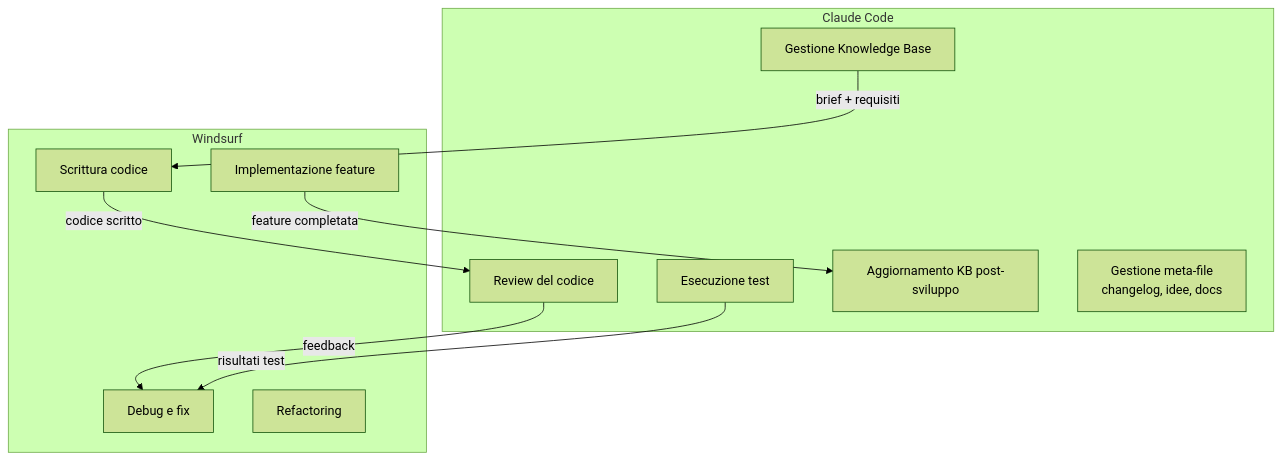
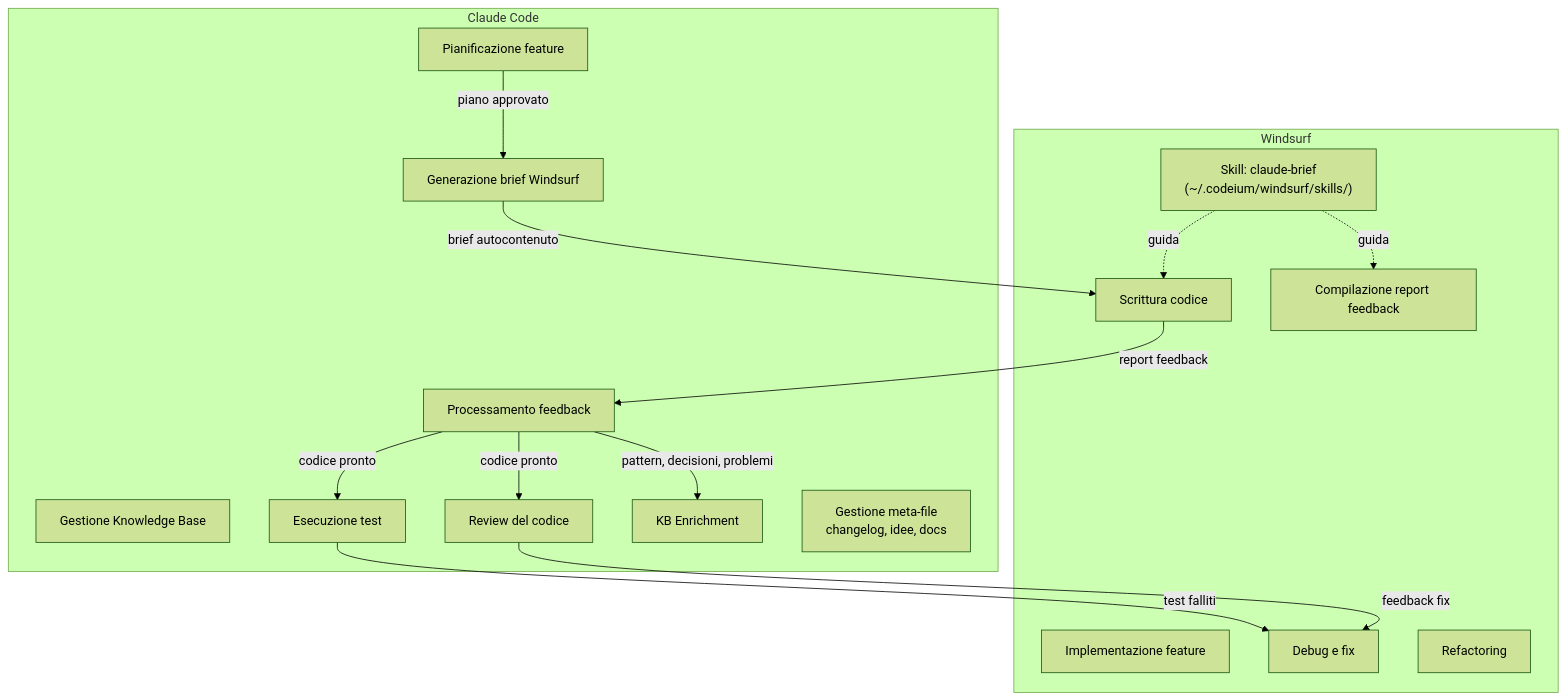
One commit to SimoneBriganteLaif/SimoneAI changed the third of 9 diagrams in docs/workflow.md. Above: the diagram before and after it, drawn with Mermaid (forest theme). The commit also changed other lines of this file and 12 other files, not shown here.

First line of the commit message:
Ciclo Windsurf — flusso di sviluppo Claude Code + Windsurf

````diff
--- a/docs/workflow.md
+++ b/docs/workflow.md
@@ -89,23 +90,33 @@
 ```mermaid
 flowchart TD
     subgraph CC["Claude Code"]
         CC1[Gestione Knowledge Base]
-        CC2[Review del codice]
-        CC3[Esecuzione test]
-        CC4[Aggiornamento KB post-sviluppo]
-        CC5[Gestione meta-file\nchangelog, idee, docs]
+        CC2[Pianificazione feature]
+        CC3[Generazione brief Windsurf]
+        CC4[Review del codice]
+        CC5[Esecuzione test]
+        CC6[Processamento feedback]
+        CC7[KB Enrichment]
+        CC8[Gestione meta-file\nchangelog, idee, docs]
     end
 
     subgraph WS["Windsurf"]
+        WS0["Skill: claude-brief\n(~/.codeium/windsurf/skills/)"]
         WS1[Scrittura codice]
         WS2[Implementazione feature]
         WS3[Debug e fix]
         WS4[Refactoring]
+        WS5[Compilazione report feedback]
+        WS0 -.->|guida| WS1
+        WS0 -.->|guida| WS5
     end
 
-    CC1 -->|brief + requisiti| WS1
-    WS1 -->|codice scritto| CC2
-    CC2 -->|feedback| WS3
-    WS2 -->|feature completata| CC4
-    CC3 -->|risultati test| WS3
+    CC2 -->|piano approvato| CC3
+    CC3 -->|brief autocontenuto| WS1
+    WS1 -->|report feedback| CC6
+    CC6 -->|codice pronto| CC4
+    CC6 -->|codice pronto| CC5
+    CC4 -->|feedback fix| WS3
+    CC5 -->|test falliti| WS3
+    CC6 -->|pattern, decisioni, problemi| CC7
 ```
````
